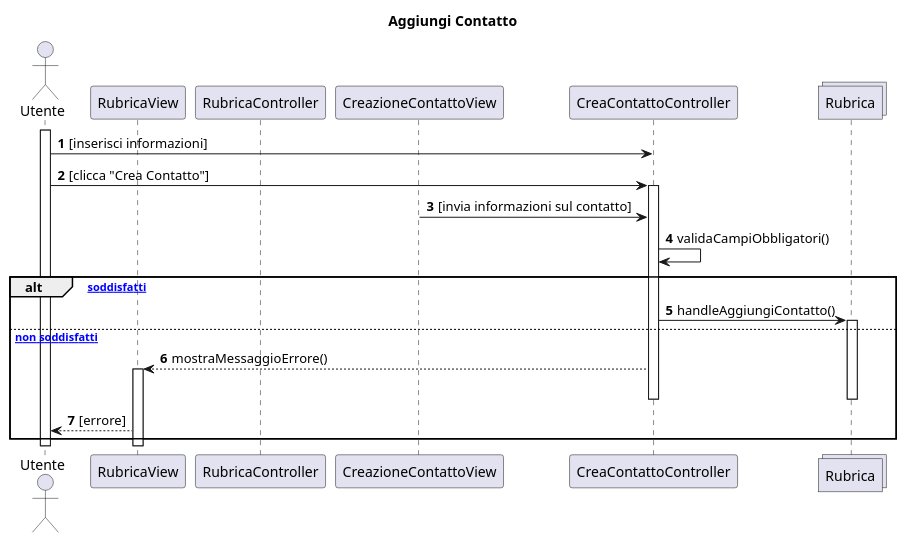
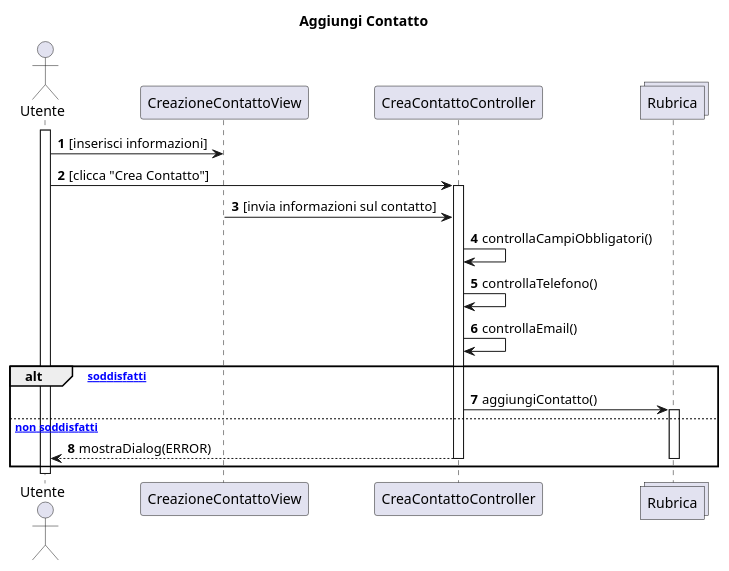
The diagram in docs/bozze/Diagrammi/Sequenza2/ScenarioAggiungiContatto.puml (emanueletocci/uni-swe-project), drawn with PlantUML before and after one commit.

```diff
--- a/docs/bozze/Diagrammi/Sequenza2/ScenarioAggiungiContatto.puml
+++ b/docs/bozze/Diagrammi/Sequenza2/ScenarioAggiungiContatto.puml
@@ -1,30 +1,28 @@
 @startuml
 title Aggiungi Contatto
 autonumber
 actor Utente
-participant RubricaView
-participant RubricaController
 participant CreazioneContattoView
 participant CreaContattoController
 collections Rubrica
 
 activate Utente
-Utente->CreaContattoController: [inserisci informazioni]
+Utente->CreazioneContattoView: [inserisci informazioni]
 Utente->CreaContattoController: [clicca "Crea Contatto"]
 activate CreaContattoController
 CreazioneContattoView-> CreaContattoController : [invia informazioni sul contatto]
-CreaContattoController-> CreaContattoController:  validaCampiObbligatori()
+CreaContattoController-> CreaContattoController:  controllaCampiObbligatori()
+CreaContattoController-> CreaContattoController:  controllaTelefono()
+CreaContattoController-> CreaContattoController:  controllaEmail()
+
 alt [vincoli soddisfatti]
-CreaContattoController-> Rubrica : handleAggiungiContatto()
+CreaContattoController-> Rubrica : aggiungiContatto()
 activate Rubrica
 else [vincoli non soddisfatti] 
-CreaContattoController-->RubricaView: mostraMessaggioErrore()
-activate RubricaView
+CreaContattoController-->Utente: mostraDialog(ERROR)
 deactivate CreaContattoController
 deactivate Rubrica
-RubricaView-->Utente: [errore]
 end
-deactivate RubricaView
 deactivate Utente
 
 @enduml
```
